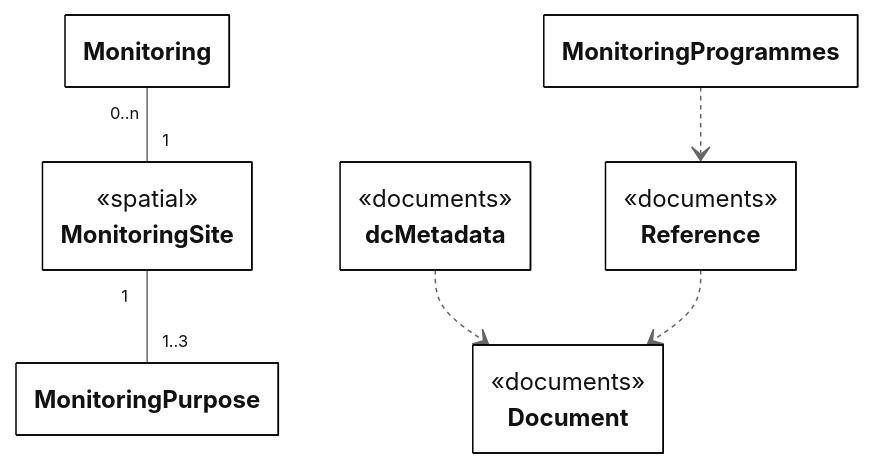
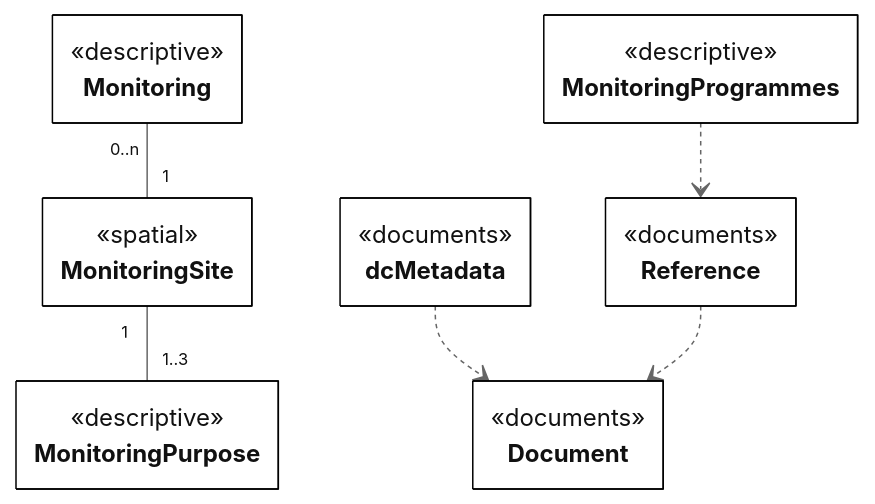
One commit to eeadata/WISE.WFD.Documentation changed the diagram in docs/DataModelReview/mmd/Monitoring_4thCycle_Overview_ClassDiagram.mmd. Above: the diagram before and after it, drawn with Mermaid.

Commit message:
Overview diagram

```diff
--- a/docs/DataModelReview/mmd/Monitoring_4thCycle_Overview_ClassDiagram.mmd
+++ b/docs/DataModelReview/mmd/Monitoring_4thCycle_Overview_ClassDiagram.mmd
@@ -1,27 +1,27 @@
 ---
 config:
   class:
     hideEmptyMembersBox: true
   layout: dagre
   theme: neutral
 ---
 classDiagram
 direction TB
 
 class dcMetadata{<<documents>>}
 class Reference{<<documents>>}
 class Document {<<documents>>}
-class Monitoring{}
-class MonitoringPurpose{}
-class MonitoringProgrammes{}
+class Monitoring{<<descriptive>>}
+class MonitoringPurpose{<<descriptive>>}
+class MonitoringProgrammes{<<descriptive>>}
 class MonitoringSite{<<spatial>>}
 
 dcMetadata ..> Document
 Reference ..> Document
 MonitoringProgrammes ..> Reference 
 
 MonitoringSite "1" -- "1..3" MonitoringPurpose 
 Monitoring "0..n"-- "1" MonitoringSite 
 
 classDef default fill:white,stroke:#000;
 classDef forFixing fill:white,stroke:#f00;
```
